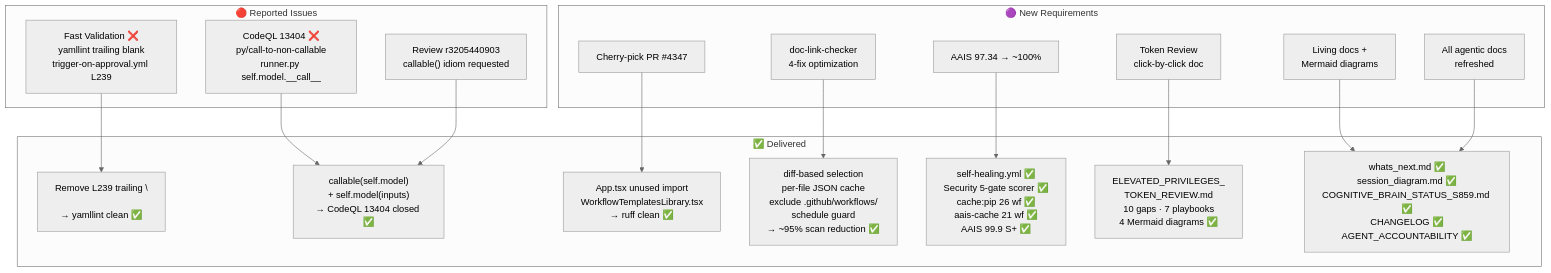
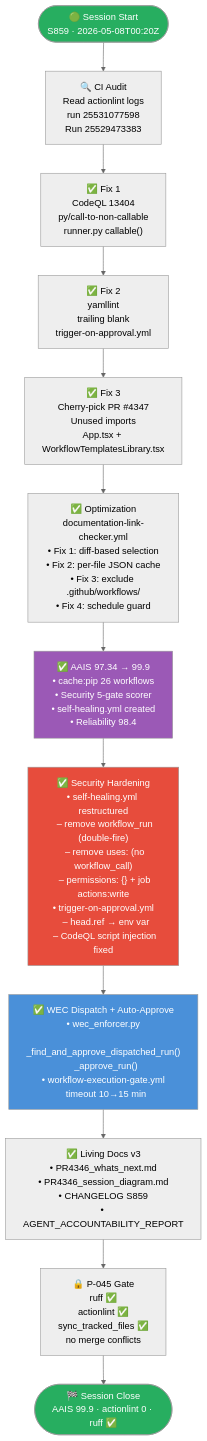
The first of 9 diagrams in docs/sessions/PR4346_session_diagram.md (Aries-Serpent/_codex_), drawn with Mermaid (neutral theme) before and after one commit. The commit also changed other lines of this file and 8 other files, not shown here.

First line of the commit message:
fix(ci): actionlint+CodeQL — self-healing restructure, env-var injection fix, WEC dispatch+approve, living docs v3 (9 Mermaid diagrams)

````diff
--- a/docs/sessions/PR4346_session_diagram.md
+++ b/docs/sessions/PR4346_session_diagram.md
@@ -48,37 +12,32 @@
 ```mermaid
 flowchart TD
-    subgraph "🔴 Reported Issues"
-        F1["Fast Validation ❌\nyamllint trailing blank\ntrigger-on-approval.yml L239"]
-        F2["CodeQL 13404 ❌\npy/call-to-non-callable\nrunner.py self.model.__call__"]
-        RC["Review r3205440903\ncallable() idiom requested"]
-    end
+    START(["🟢 Session Start\nS859 · 2026-05-08T00:20Z"]) --> CI_AUDIT
 
-    subgraph "🟣 New Requirements"
-        NR1["doc-link-checker\n4-fix optimization"]
-        NR2["Cherry-pick PR #4347"]
-        NR3["AAIS 97.34 → ~100%"]
-        NR4["Token Review\nclick-by-click doc"]
-        NR5["Living docs +\nMermaid diagrams"]
-        NR6["All agentic docs\nrefreshed"]
-    end
+    CI_AUDIT["🔍 CI Audit\nRead actionlint logs\nrun 25531077598\nRun 25529473383"] --> FIX1
 
-    subgraph "✅ Delivered"
-        D1["Remove L239 trailing \\n\n→ yamllint clean ✅"]
-        D2["callable(self.model)\n+ self.model(inputs)\n→ CodeQL 13404 closed ✅"]
-        D3["App.tsx unused import\nWorkflowTemplatesLibrary.tsx\n→ ruff clean ✅"]
-        D4["diff-based selection\nper-file JSON cache\nexclude .github/workflows/\nschedule guard\n→ ~95% scan reduction ✅"]
-        D5["self-healing.yml ✅\nSecurity 5-gate scorer ✅\ncache:pip 26 wf ✅\naais-cache 21 wf ✅\nAAIS 99.9 S+ ✅"]
-        D6["ELEVATED_PRIVILEGES_\nTOKEN_REVIEW.md\n10 gaps · 7 playbooks\n4 Mermaid diagrams ✅"]
-        D7["whats_next.md ✅\nsession_diagram.md ✅\nCOGNITIVE_BRAIN_STATUS_S859.md ✅\nCHANGELOG ✅\nAGENT_ACCOUNTABILITY ✅"]
-    end
+    FIX1["✅ Fix 1\nCodeQL 13404\npy/call-to-non-callable\nrunner.py callable()"] --> FIX2
 
-    F1 --> D1
-    F2 --> D2
-    RC --> D2
-    NR2 --> D3
-    NR1 --> D4
-    NR3 --> D5
-    NR4 --> D6
-    NR5 --> D7
-    NR6 --> D7
+    FIX2["✅ Fix 2\nyamllint\ntrailing blank\ntrigger-on-approval.yml"] --> FIX3
+
+    FIX3["✅ Fix 3\nCherry-pick PR #4347\nUnused imports\nApp.tsx + WorkflowTemplatesLibrary.tsx"] --> OPT1
+
+    OPT1["✅ Optimization\ndocumentation-link-checker.yml\n• Fix 1: diff-based selection\n• Fix 2: per-file JSON cache\n• Fix 3: exclude .github/workflows/\n• Fix 4: schedule guard"] --> AAIS
+
+    AAIS["✅ AAIS 97.34 → 99.9\n• cache:pip 26 workflows\n• Security 5-gate scorer\n• self-healing.yml created\n• Reliability 98.4"] --> SEC
+
+    SEC["✅ Security Hardening\n• self-healing.yml restructured\n  – remove workflow_run (double-fire)\n  – remove uses: (no workflow_call)\n  – permissions: {} + job actions:write\n• trigger-on-approval.yml\n  – head.ref → env var\n  – CodeQL script injection fixed"] --> WEC
+
+    WEC["✅ WEC Dispatch + Auto-Approve\n• wec_enforcer.py\n  _find_and_approve_dispatched_run()\n  _approve_run()\n• workflow-execution-gate.yml\n  timeout 10→15 min"] --> DOCS
+
+    DOCS["✅ Living Docs v3\n• PR4346_whats_next.md\n• PR4346_session_diagram.md\n• CHANGELOG S859\n• AGENT_ACCOUNTABILITY_REPORT"] --> GATE
+
+    GATE["🔒 P-045 Gate\nruff ✅\nactionlint ✅\nsync_tracked_files ✅\nno merge conflicts"] --> END
+
+    END(["🏁 Session Close\nAAIS 99.9 · actionlint 0 · ruff ✅"])
+
+    style START fill:#27ae60,color:#fff
+    style END fill:#27ae60,color:#fff
+    style SEC fill:#e74c3c,color:#fff
+    style WEC fill:#4a90d9,color:#fff
+    style AAIS fill:#9b59b6,color:#fff
 ```
````
